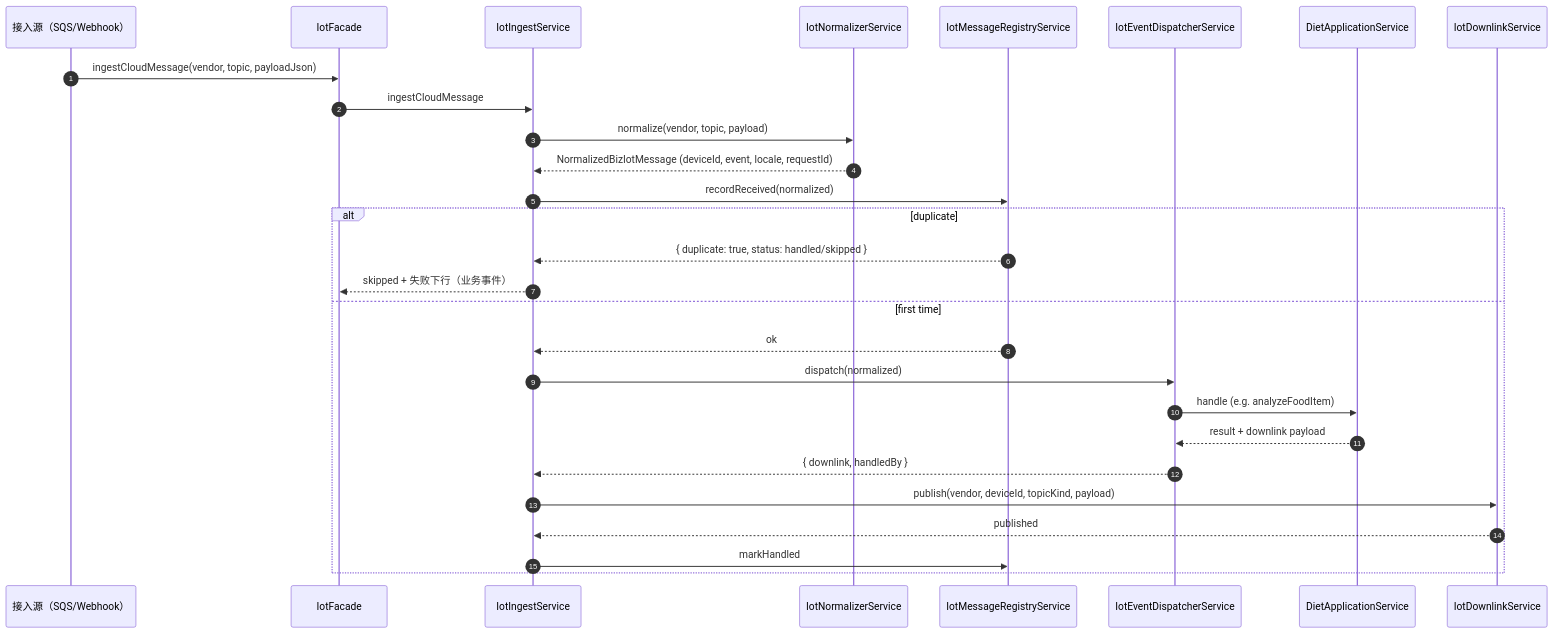
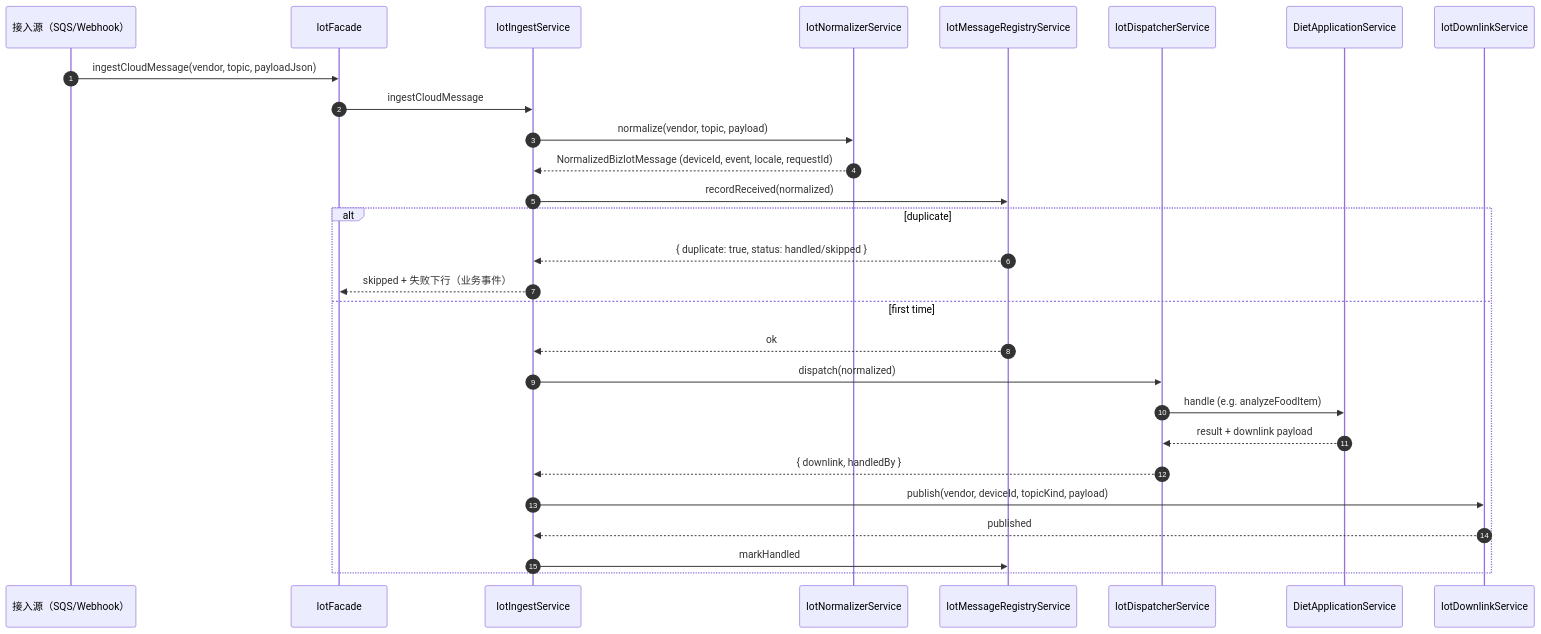
The second of 3 diagrams in docs/IoT通讯模块规范.md (helibin/lumimax), drawn with Mermaid before and after one commit. The commit also changed other lines of this file and 359 other files, not shown here.

````diff
--- a/docs/IoT通讯模块规范.md
+++ b/docs/IoT通讯模块规范.md
@@ -161,31 +257,31 @@
 ```mermaid
 sequenceDiagram
     autonumber
     participant SRC as 接入源（SQS/Webhook）
     participant FAC as IotFacade
     participant INGEST as IotIngestService
     participant NORM as IotNormalizerService
     participant REG as IotMessageRegistryService
-    participant DISP as IotEventDispatcherService
+    participant DISP as IotDispatcherService
     participant DIET as DietApplicationService
     participant DOWN as IotDownlinkService
 
     SRC->>FAC: ingestCloudMessage(vendor, topic, payloadJson)
     FAC->>INGEST: ingestCloudMessage
     INGEST->>NORM: normalize(vendor, topic, payload)
     NORM-->>INGEST: NormalizedBizIotMessage (deviceId, event, locale, requestId)
     INGEST->>REG: recordReceived(normalized)
     alt duplicate
         REG-->>INGEST: { duplicate: true, status: handled/skipped }
         INGEST-->>FAC: skipped + 失败下行（业务事件）
     else first time
         REG-->>INGEST: ok
         INGEST->>DISP: dispatch(normalized)
         DISP->>DIET: handle (e.g. analyzeFoodItem)
         DIET-->>DISP: result + downlink payload
         DISP-->>INGEST: { downlink, handledBy }
         INGEST->>DOWN: publish(vendor, deviceId, topicKind, payload)
         DOWN-->>INGEST: published
         INGEST->>REG: markHandled
     end
 ```
````
